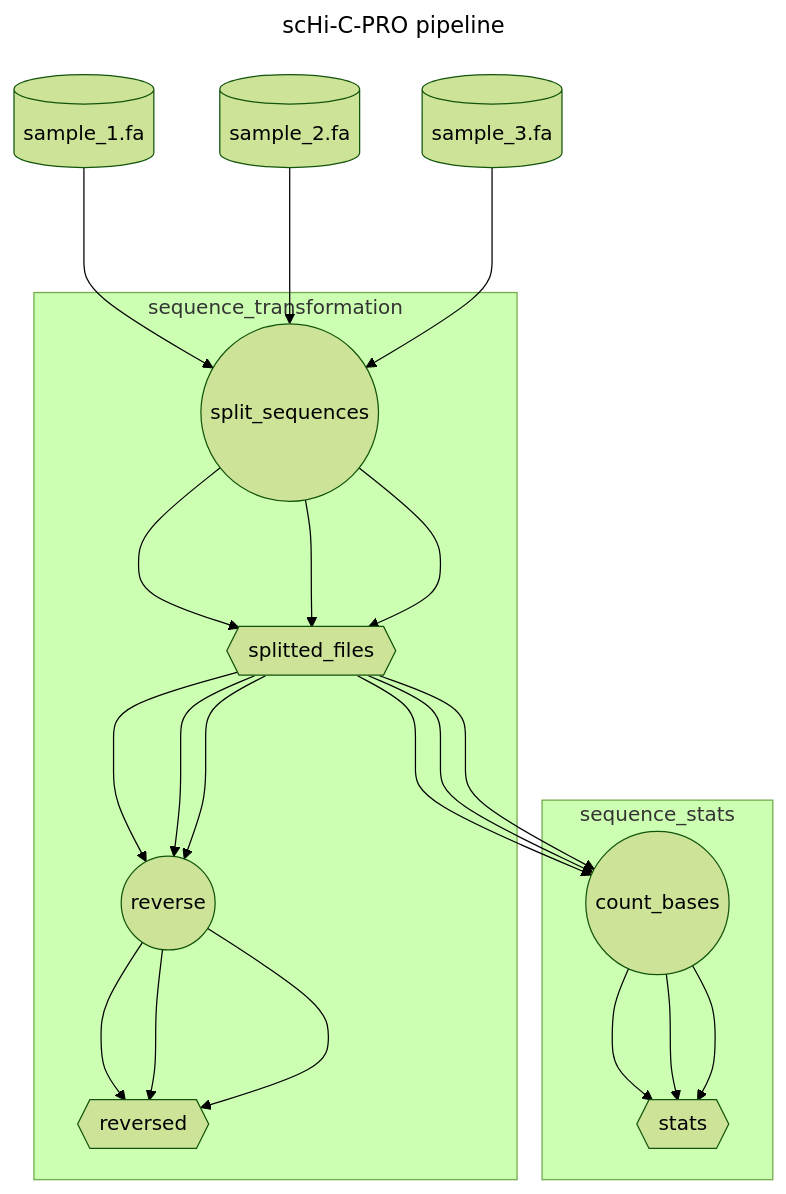
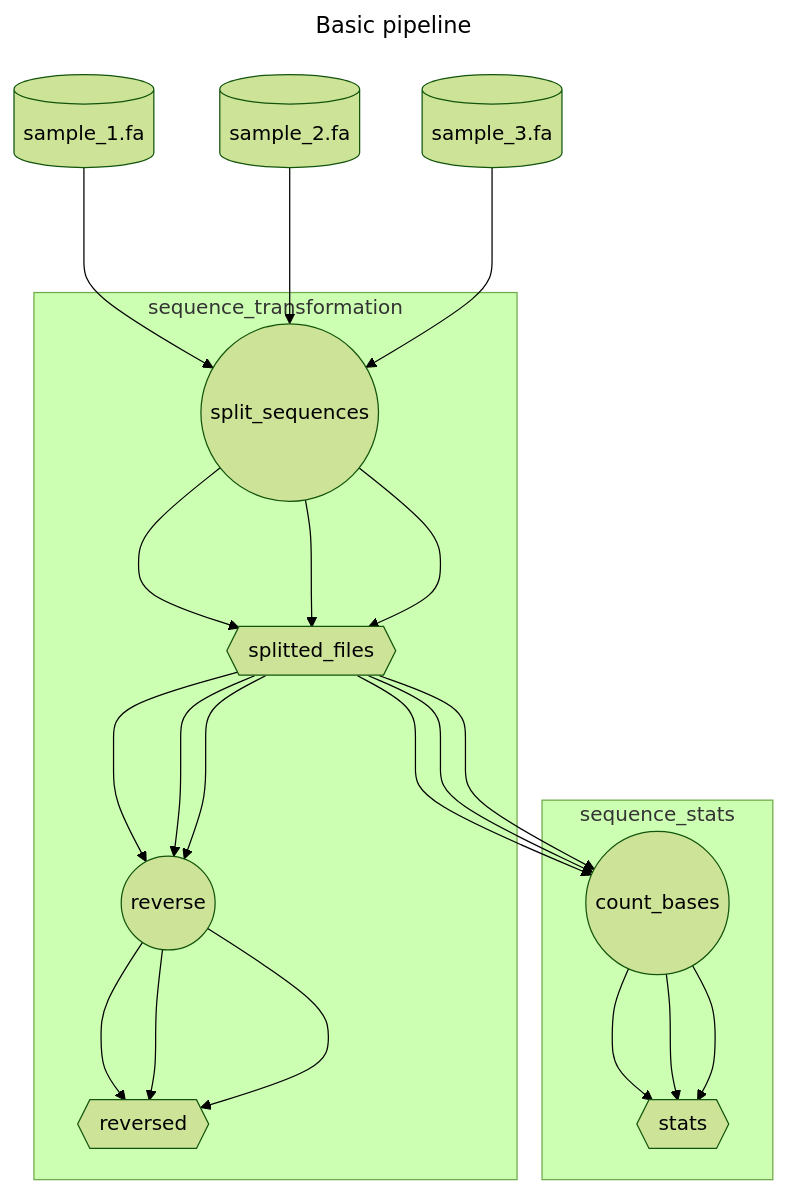
One commit to fransua/SnapFlow changed the diagram in README.md. Above: the diagram before and after it, drawn with Mermaid (forest theme).

````diff
--- a/README.md
+++ b/README.md
@@ -109,52 +109,52 @@
 ```mermaid
 ---
-title: scHi-C-PRO pipeline
+title: Basic pipeline
 ---
 graph 
 subgraph sequence_stats ["sequence_stats"]
 count_bases(("count_bases"))
 stats{{"stats"}}
 count_bases(("count_bases"))
 stats{{"stats"}}
 count_bases(("count_bases"))
 stats{{"stats"}}
 end
 subgraph sequence_transformation ["sequence_transformation"]
 split_sequences(("split_sequences"))
 splitted_files{{"splitted_files"}}
 reverse(("reverse"))
 reversed{{"reversed"}}
 split_sequences(("split_sequences"))
 splitted_files{{"splitted_files"}}
 reverse(("reverse"))
 reversed{{"reversed"}}
 split_sequences(("split_sequences"))
 splitted_files{{"splitted_files"}}
 reverse(("reverse"))
 reversed{{"reversed"}}
 end
 stats{{"stats"}}
 splitted_files{{"splitted_files"}}
 sample_1.fa[("sample_1.fa")]
 reversed{{"reversed"}}
 sample_2.fa[("sample_2.fa")]
 sample_3.fa[("sample_3.fa")]
 count_bases ---> stats
 splitted_files ---> count_bases
 count_bases ---> stats
 splitted_files ---> count_bases
 count_bases ---> stats
 splitted_files ---> count_bases
 split_sequences ---> splitted_files
 sample_1.fa ---> split_sequences
 reverse ---> reversed
 splitted_files ---> reverse
 split_sequences ---> splitted_files
 sample_2.fa ---> split_sequences
 reverse ---> reversed
 splitted_files ---> reverse
 split_sequences ---> splitted_files
 sample_3.fa ---> split_sequences
 reverse ---> reversed
 splitted_files ---> reverse
 ```
````
